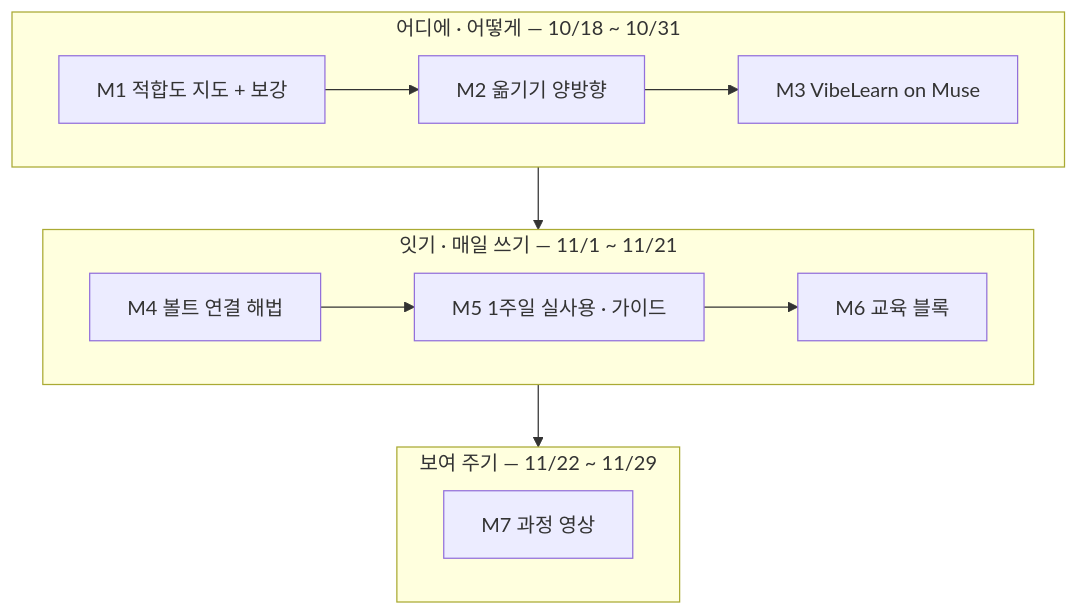
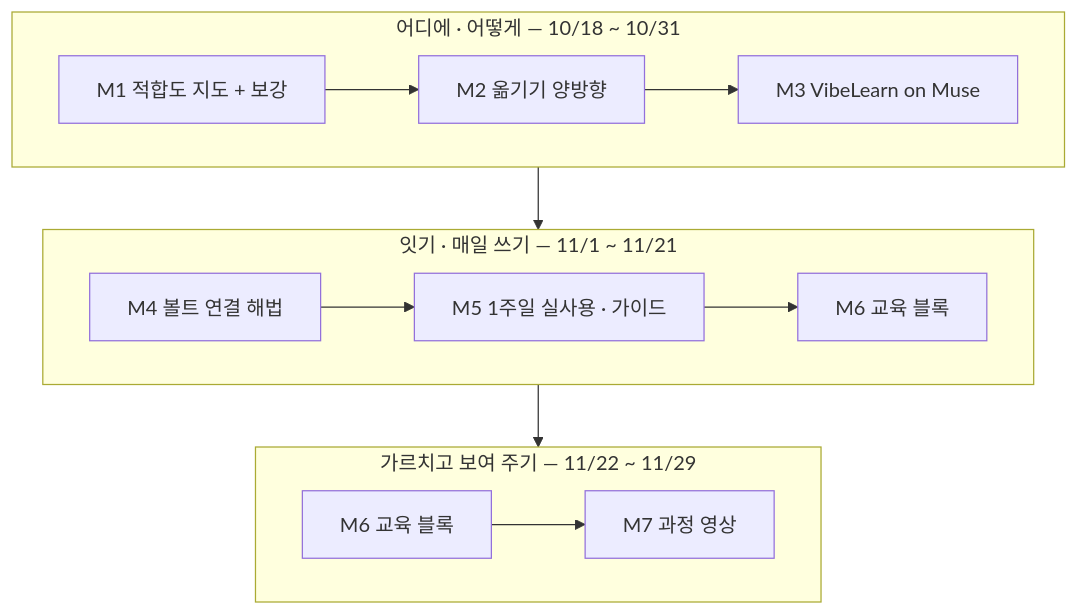
Before and after one commit to solkit70/CatchUpAI_VL: the diagram in Topics/Muse-My-Workflow/vl_roadmap/20261018_RoadMap_Muse-My-Workflow.md, drawn with Mermaid. The commit also changed other lines of this file and 66 other files, not shown here.

````diff
--- a/Topics/Muse-My-Workflow/vl_roadmap/20261018_RoadMap_Muse-My-Workflow.md
+++ b/Topics/Muse-My-Workflow/vl_roadmap/20261018_RoadMap_Muse-My-Workflow.md
@@ -88,16 +88,16 @@
 ```mermaid
 flowchart TB
   subgraph A["어디에 · 어떻게 — 10/18 ~ 10/31"]
     direction LR
     M1["M1 적합도 지도 + 보강"] --> M2["M2 옮기기 양방향"] --> M3["M3 VibeLearn on Muse"]
   end
   subgraph B["잇기 · 매일 쓰기 — 11/1 ~ 11/21"]
     direction LR
     M4["M4 볼트 연결 해법"] --> M5["M5 1주일 실사용 · 가이드"] --> M6["M6 교육 블록"]
   end
-  subgraph C["보여 주기 — 11/22 ~ 11/29"]
+  subgraph C["가르치고 보여 주기 — 11/22 ~ 11/29"]
     direction LR
-    M7["M7 과정 영상"]
+    M6b["M6 교육 블록"] --> M7["M7 과정 영상"]
   end
   A --> B --> C
 ```
````
